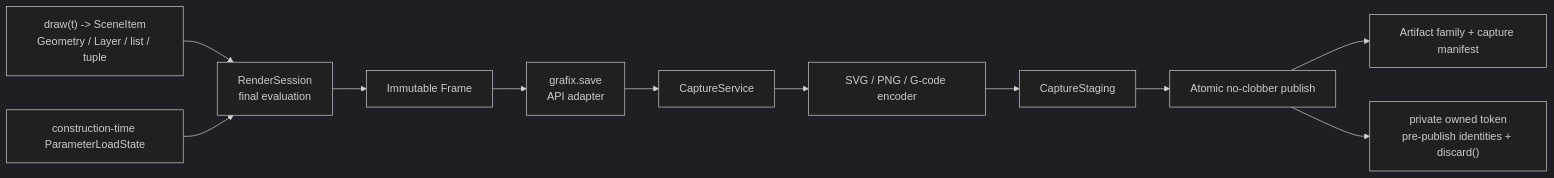
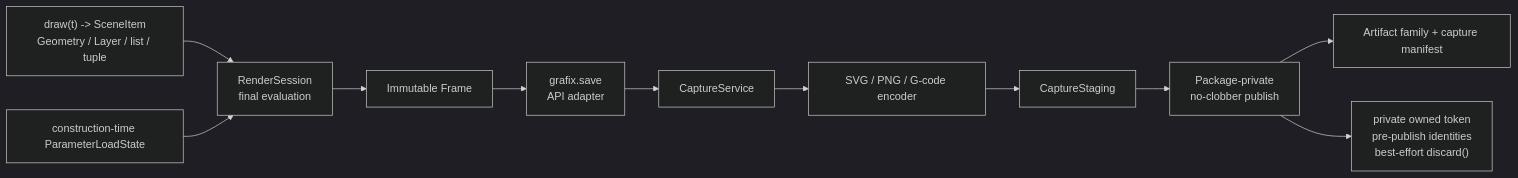
Before and after one commit to tyhts0829/graft: diagram 20 of 25 in docs/architecture_visualization.md, drawn with Mermaid (dark theme). The commit also changed other lines of this file and 22 other files, not shown here.

````diff
--- a/docs/architecture_visualization.md
+++ b/docs/architecture_visualization.md
@@ -595,20 +597,20 @@
 ```mermaid
 flowchart LR
     draw["draw(t) -> SceneItem<br/>Geometry / Layer / list / tuple"]
     render["RenderSession<br/>final evaluation"]
     load["construction-time ParameterLoadState"]
     frame["Immutable Frame"]
     adapter["grafix.save<br/>API adapter"]
     service["CaptureService"]
     encoder["SVG / PNG / G-code encoder"]
     staging["CaptureStaging"]
-    publish["Atomic no-clobber publish"]
+    publish["Package-private<br/>no-clobber publish"]
     files["Artifact family + capture manifest"]
-    token["private owned token<br/>pre-publish identities + discard()"]
+    token["private owned token<br/>pre-publish identities<br/>best-effort discard()"]
 
     draw --> render --> frame
     load --> render
     frame --> adapter --> service
     service --> encoder --> staging --> publish --> files
     publish --> token
 ```
````
